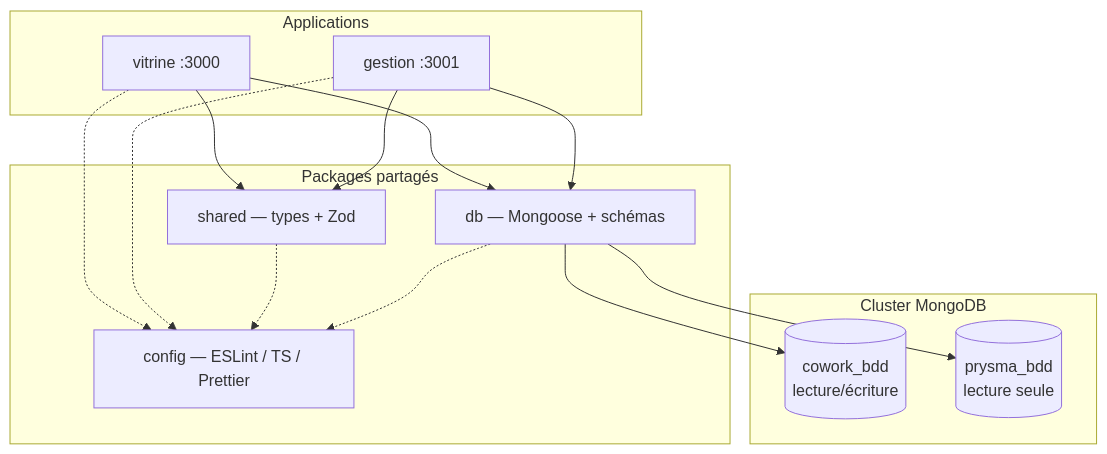
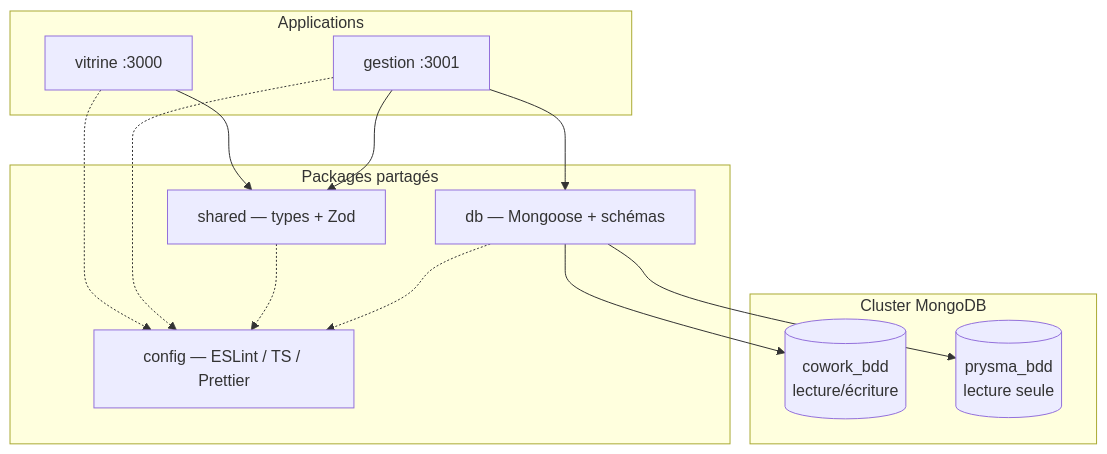
One commit to adminprysme/CoworkPrysme_V2 changed the diagram in ARCHITECTURE.md. Above: the diagram before and after it, drawn with Mermaid. The commit also changed other lines of this file, not shown here.

First line of the commit message:
docs: add security section to ARCHITECTURE

````diff
--- a/ARCHITECTURE.md
+++ b/ARCHITECTURE.md
@@ -9,29 +9,28 @@
 ```mermaid
 graph TB
     subgraph apps [Applications]
         V[vitrine :3000]
         G[gestion :3001]
     end
 
     subgraph packages [Packages partagés]
         SH[shared — types + Zod]
         DB[db — Mongoose + schémas]
         CF[config — ESLint / TS / Prettier]
     end
 
     subgraph mongo [Cluster MongoDB]
         C[(cowork_bdd<br/>lecture/écriture)]
         P[(prysma_bdd<br/>lecture seule)]
     end
 
     V --> SH
-    V --> DB
     G --> SH
     G --> DB
     DB --> C
     DB --> P
     V -.-> CF
     G -.-> CF
     SH -.-> CF
     DB -.-> CF
 ```
````
